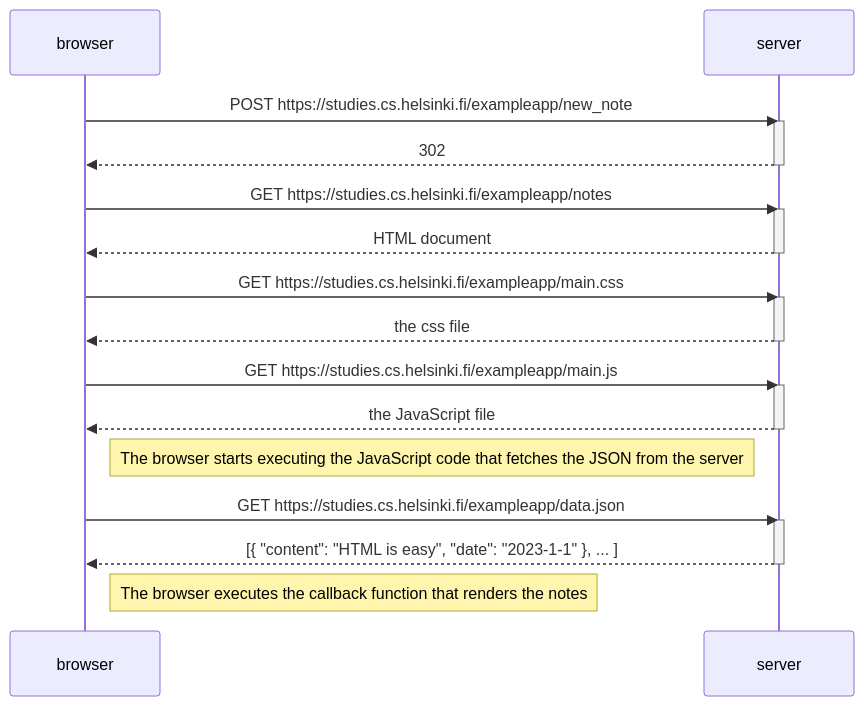
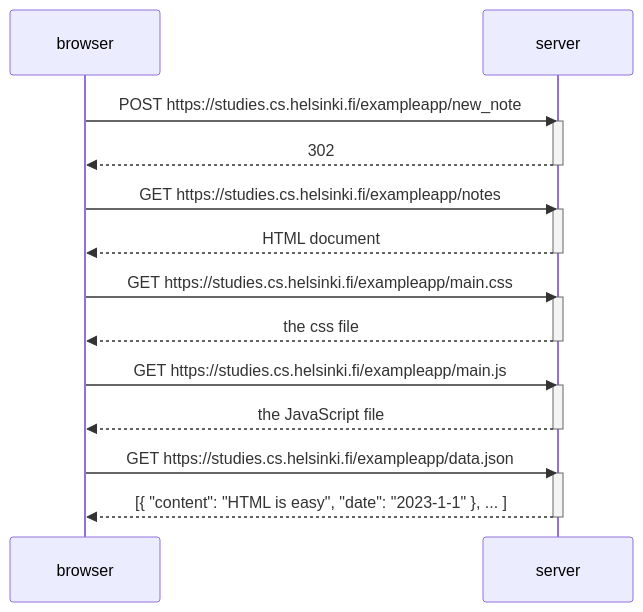
The diagram in osa0/0-4.md (kaarleol/full-stack-tehtavat), drawn with Mermaid before and after one commit.

````diff
--- a/osa0/0-4.md
+++ b/osa0/0-4.md
@@ -1,34 +1,31 @@
 ```mermaid
   sequenceDiagram
     participant browser
     participant server
 
     browser->>server: POST https://studies.cs.helsinki.fi/exampleapp/new_note
     activate server
     server-->>browser: 302
     deactivate server
     
     browser->>server: GET https://studies.cs.helsinki.fi/exampleapp/notes
     activate server
     server-->>browser: HTML document
     deactivate server
     
     browser->>server: GET https://studies.cs.helsinki.fi/exampleapp/main.css
     activate server
     server-->>browser: the css file
     deactivate server
     
     browser->>server: GET https://studies.cs.helsinki.fi/exampleapp/main.js
     activate server
     server-->>browser: the JavaScript file
     deactivate server
     
-    Note right of browser: The browser starts executing the JavaScript code that fetches the JSON from the server
-    
     browser->>server: GET https://studies.cs.helsinki.fi/exampleapp/data.json
     activate server
     server-->>browser: [{ "content": "HTML is easy", "date": "2023-1-1" }, ... ]
     deactivate server    
 
-    Note right of browser: The browser executes the callback function that renders the notes 
 ```
````
